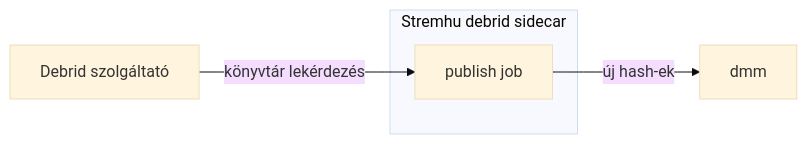
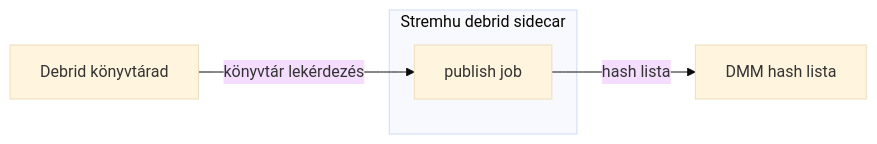
Before and after one commit to peterdeme/stremhu-debrid-sidecar: the second of 2 diagrams in README.md, drawn with Mermaid (base theme). The commit also changed other lines of this file, not shown here.

````diff
--- a/README.md
+++ b/README.md
@@ -49,11 +55,13 @@
 ```mermaid
 flowchart LR
-    debrid["Debrid szolgáltató"]
+    debrid["Debrid könyvtárad"]
 
     subgraph sidecar["Stremhu debrid sidecar"]
         job["publish job"]
     end
 
+    dmm["DMM hash lista"]
+
     debrid -- "könyvtár lekérdezés" --> job
-    job -- "új hash-ek" --> dmm
+    job -- "hash lista" --> dmm
 ```
````
